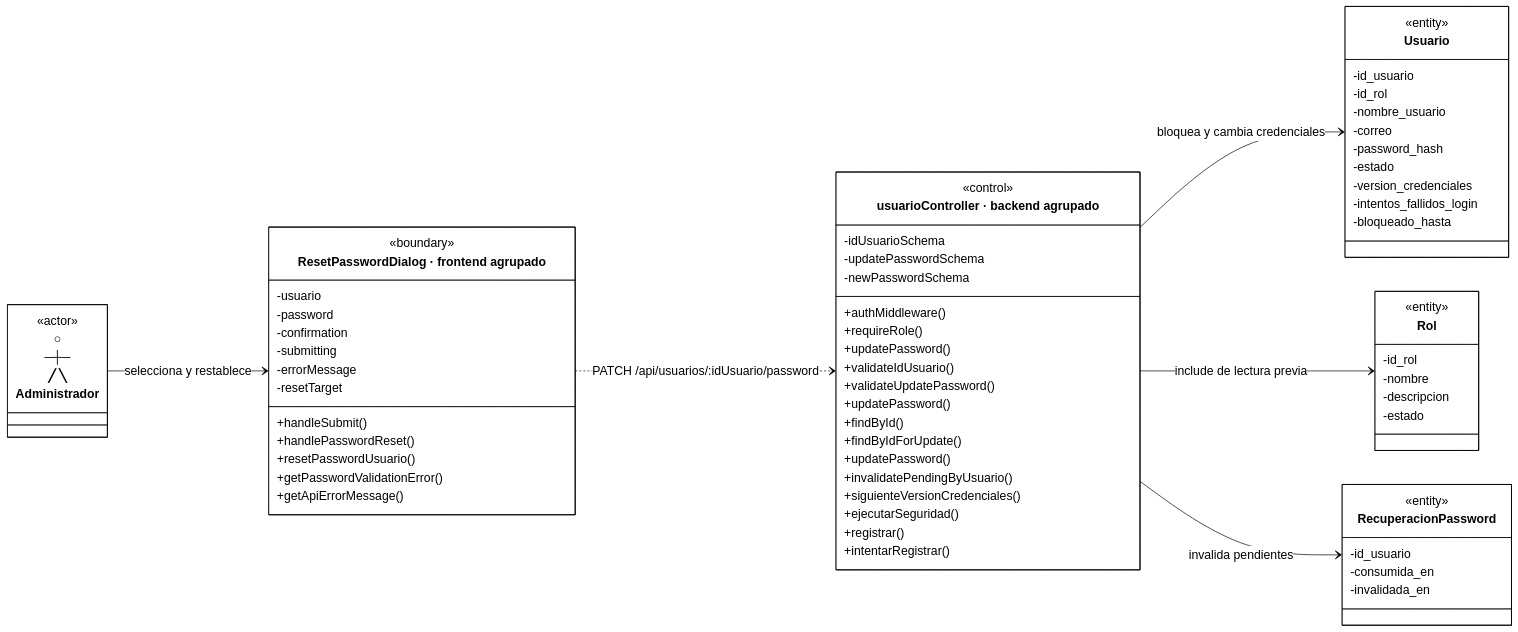
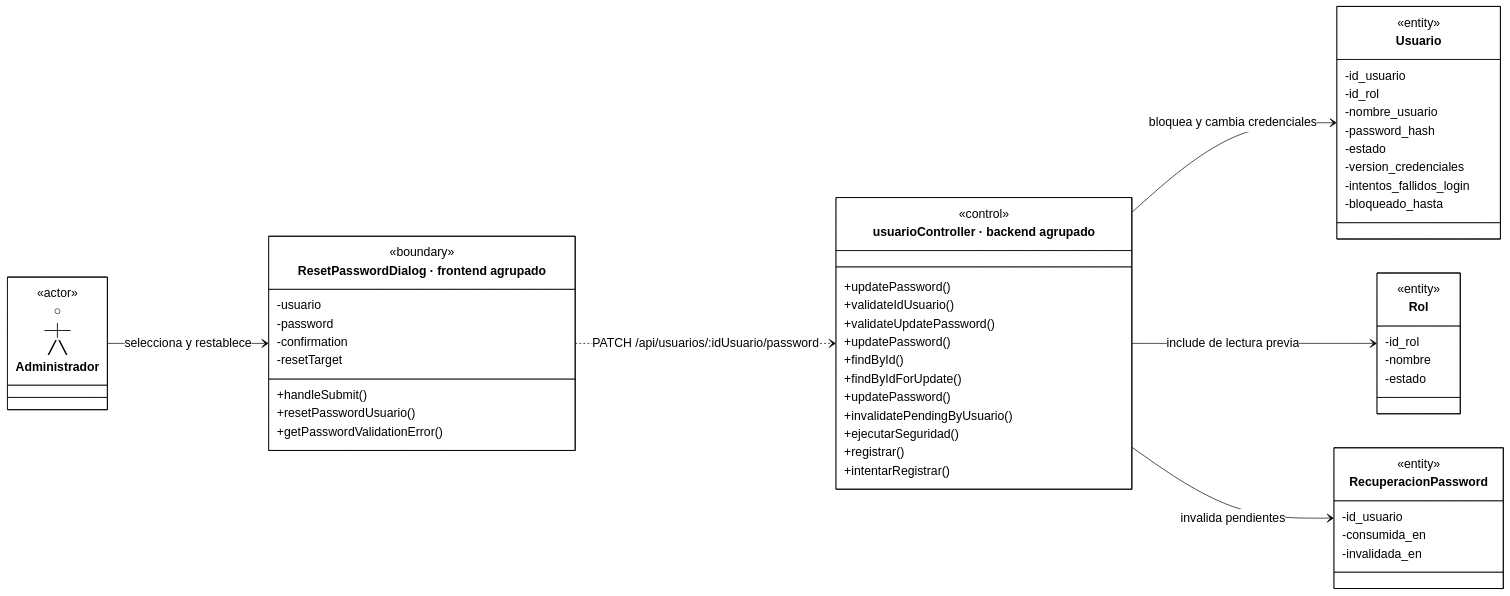
The ninth of 35 diagrams in docs/ai/analisis-clases-academico-simplificado.md (CreepyBowDev/cadefar-inventory-system), drawn with Mermaid before and after one commit. The commit also changed other lines of this file, not shown here.

````diff
--- a/docs/ai/analisis-clases-academico-simplificado.md
+++ b/docs/ai/analisis-clases-academico-simplificado.md
@@ -736,80 +665,68 @@
 ```mermaid
-%%{init: {"theme":"base","htmlLabels":true,"markdownAutoWrap":false,"class":{"useMaxWidth":false},"themeCSS":".node.actor .label-container path{stroke:none!important;fill:none!important;} .node.actor .divider{display:none;} .nodeLabel{color:#000000!important;} .node .label div{display:table-cell!important;white-space:nowrap!important;max-width:none!important;} .control .methods-group .label:nth-child(3) p::after{content:\" [controller]\";} .control .methods-group .label:nth-child(6) p::after{content:\" [service]\";} .control .methods-group .label:nth-child(12) p::after{content:\" [auditoria]\";} .control .methods-group .label:nth-child(13) p::after{content:\" [auditoria]\";} .control .methods-group .label:nth-child(14) p::after{content:\" [auditoria]\";}","themeVariables":{"background":"#ffffff","primaryColor":"#ffffff","primaryTextColor":"#000000","primaryBorderColor":"#000000","secondaryColor":"#ffffff","tertiaryColor":"#ffffff","lineColor":"#000000","textColor":"#000000","fontFamily":"Arial","fontSize":"18px"}}}%%
+%%{init: {"theme":"base","htmlLabels":true,"markdownAutoWrap":false,"class":{"useMaxWidth":false},"themeCSS":".node.actor .label-container path{stroke:none!important;fill:none!important;} .node.actor .divider{display:none;} .nodeLabel{color:#000000!important;} .node .label div{display:table-cell!important;white-space:nowrap!important;max-width:none!important;} .control .methods-group .label:nth-child(1) p::after{content:\" [controller]\";}.control .methods-group .label:nth-child(4) p::after{content:\" [service]\";}.control .methods-group .label:nth-child(9) p::after{content:\" [auditoria]\";}.control .methods-group .label:nth-child(10) p::after{content:\" [auditoria]\";}.control .methods-group .label:nth-child(11) p::after{content:\" [auditoria]\";}","themeVariables":{"background":"#ffffff","primaryColor":"#ffffff","primaryTextColor":"#000000","primaryBorderColor":"#000000","secondaryColor":"#ffffff","tertiaryColor":"#ffffff","lineColor":"#000000","textColor":"#000000","fontFamily":"Arial","fontSize":"18px"}}}%%
 %%{init: {"state":{"useMaxWidth":false}}}%%
 classDiagram
     direction LR
     class Administrador["○<br/>─┼─<br/>╱ ╲<br/>Administrador"]
     class Administrador { <<actor>> }
     class Boundary["ResetPasswordDialog · frontend agrupado"] {
         <<boundary>>
         -usuario
         -password
         -confirmation
-        -submitting
-        -errorMessage
         -resetTarget
         +handleSubmit()
-        +handlePasswordReset()
         +resetPasswordUsuario()
         +getPasswordValidationError()
-        +getApiErrorMessage()
     }
     class Control["usuarioController · backend agrupado"] {
         <<control>>
-        -idUsuarioSchema
-        -updatePasswordSchema
-        -newPasswordSchema
-        +authMiddleware()
-        +requireRole()
         %% updatePassword() [controller]
         +updatePassword()
         +validateIdUsuario()
         +validateUpdatePassword()
         %% updatePassword() [service]
         +updatePassword()
         +findById()
         +findByIdForUpdate()
         +updatePassword()
         +invalidatePendingByUsuario()
-        +siguienteVersionCredenciales()
         %% ejecutarSeguridad() [auditoria]
         +ejecutarSeguridad()
         %% registrar() [auditoria]
         +registrar()
         %% intentarRegistrar() [auditoria]
         +intentarRegistrar()
     }
     class Usuario {
         <<entity>>
         -id_usuario
         -id_rol
         -nombre_usuario
-        -correo
         -password_hash
         -estado
         -version_credenciales
         -intentos_fallidos_login
         -bloqueado_hasta
     }
     class Rol {
         <<entity>>
         -id_rol
         -nombre
-        -descripcion
         -estado
     }
     class RecuperacionPassword {
         <<entity>>
         -id_usuario
         -consumida_en
         -invalidada_en
     }
     Administrador --> Boundary : selecciona y restablece
     Boundary ..> Control : PATCH /api/usuarios/#58;idUsuario/password
     Control --> Usuario : bloquea y cambia credenciales
     Control --> Rol : include de lectura previa
     Control --> RecuperacionPassword : invalida pendientes
     cssClass "Control" control
     classDef actor fill:#ffffff,stroke-width:0px,color:#000000
     cssClass "Administrador" actor
 ```
````
